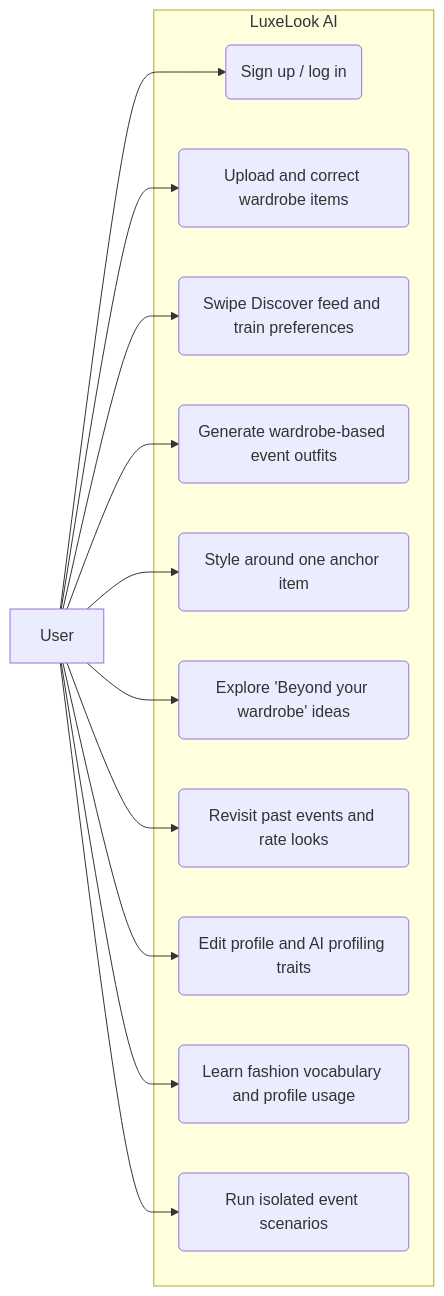
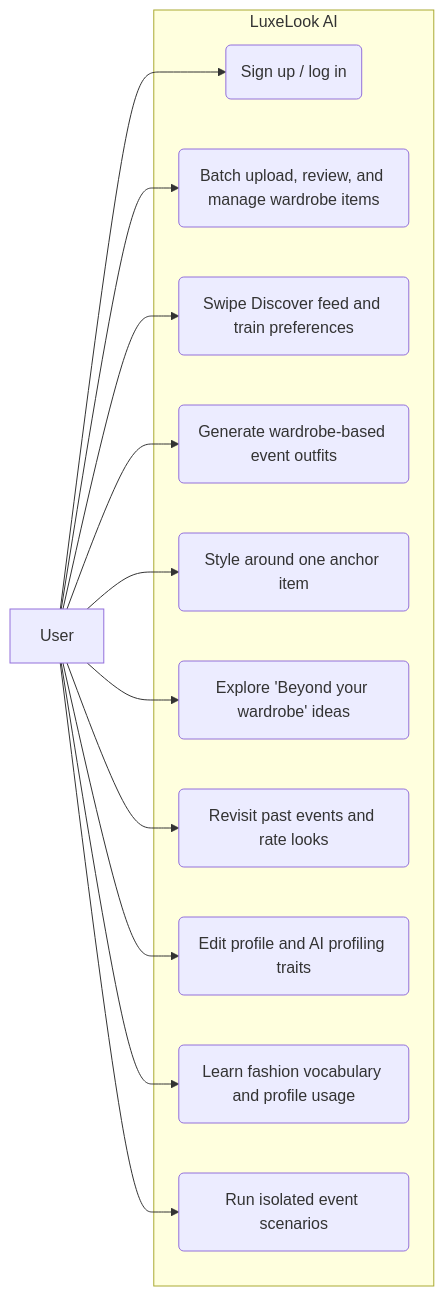
One commit to ankitapandit/LuxeLookAI changed the first of 7 diagrams in docs/luxelook-activity.md. Above: the diagram before and after it, drawn with Mermaid. The commit also changed other lines of this file and 38 other files, not shown here.

````diff
--- a/docs/luxelook-activity.md
+++ b/docs/luxelook-activity.md
@@ -43,28 +45,28 @@
 ```mermaid
 flowchart LR
     USER["User"]
 
     subgraph APP["LuxeLook AI"]
         AUTH("Sign up / log in")
-        WARDROBE("Upload and correct wardrobe items")
+        WARDROBE("Batch upload, review, and manage wardrobe items")
         DISCOVER("Swipe Discover feed and train preferences")
         EVENT("Generate wardrobe-based event outfits")
         STYLE("Style around one anchor item")
         BYW("Explore 'Beyond your wardrobe' ideas")
         ARCHIVE("Revisit past events and rate looks")
         PROFILE("Edit profile and AI profiling traits")
         GUIDE("Learn fashion vocabulary and profile usage")
         TEST("Run isolated event scenarios")
     end
 
     USER --> AUTH
     USER --> WARDROBE
     USER --> DISCOVER
     USER --> EVENT
     USER --> STYLE
     USER --> BYW
     USER --> ARCHIVE
     USER --> PROFILE
     USER --> GUIDE
     USER --> TEST
 ```
````
